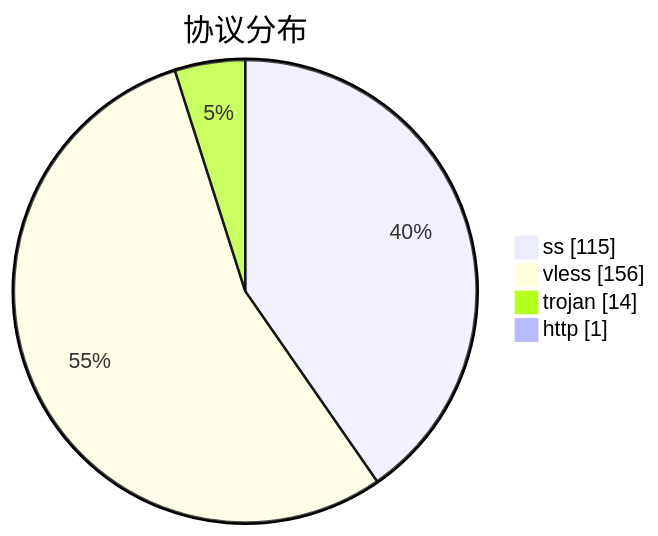
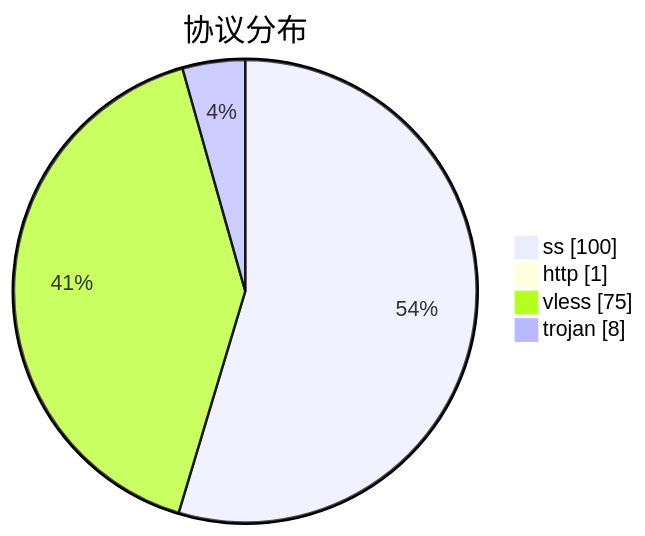
Before and after one commit to qjlxg/airport: the third of 3 diagrams in subs/statistics/tested_within.md, drawn with Mermaid. The commit also changed other lines of this file and 2 other files, not shown here.

````diff
--- a/subs/statistics/tested_within.md
+++ b/subs/statistics/tested_within.md
@@ -18,8 +17,8 @@
 ```mermaid
 pie showData
 title 协议分布
-"ss" : 115
-"vless" : 156
-"trojan" : 14
+"ss" : 100
 "http" : 1
+"vless" : 75
+"trojan" : 8
 ```
````
